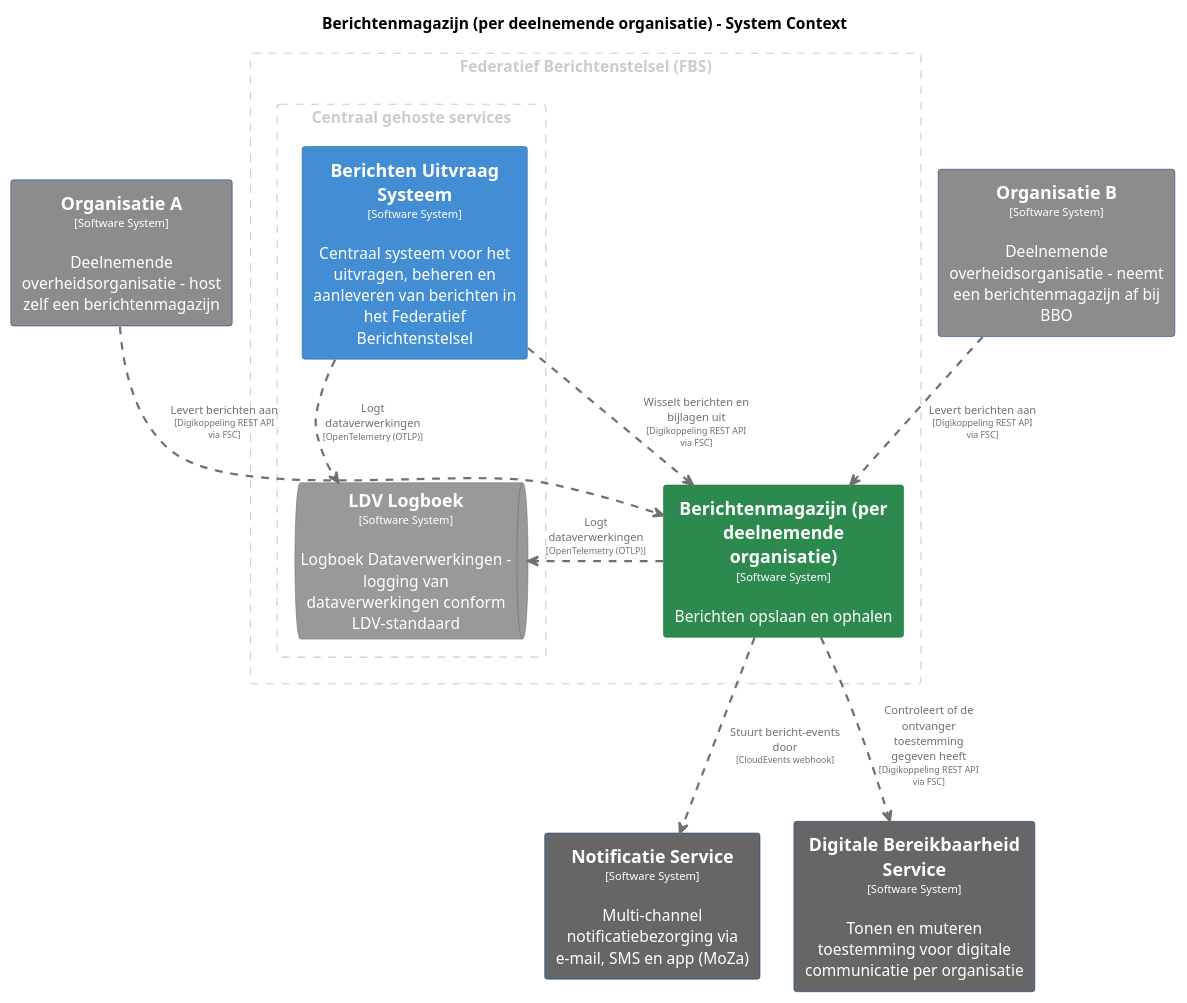
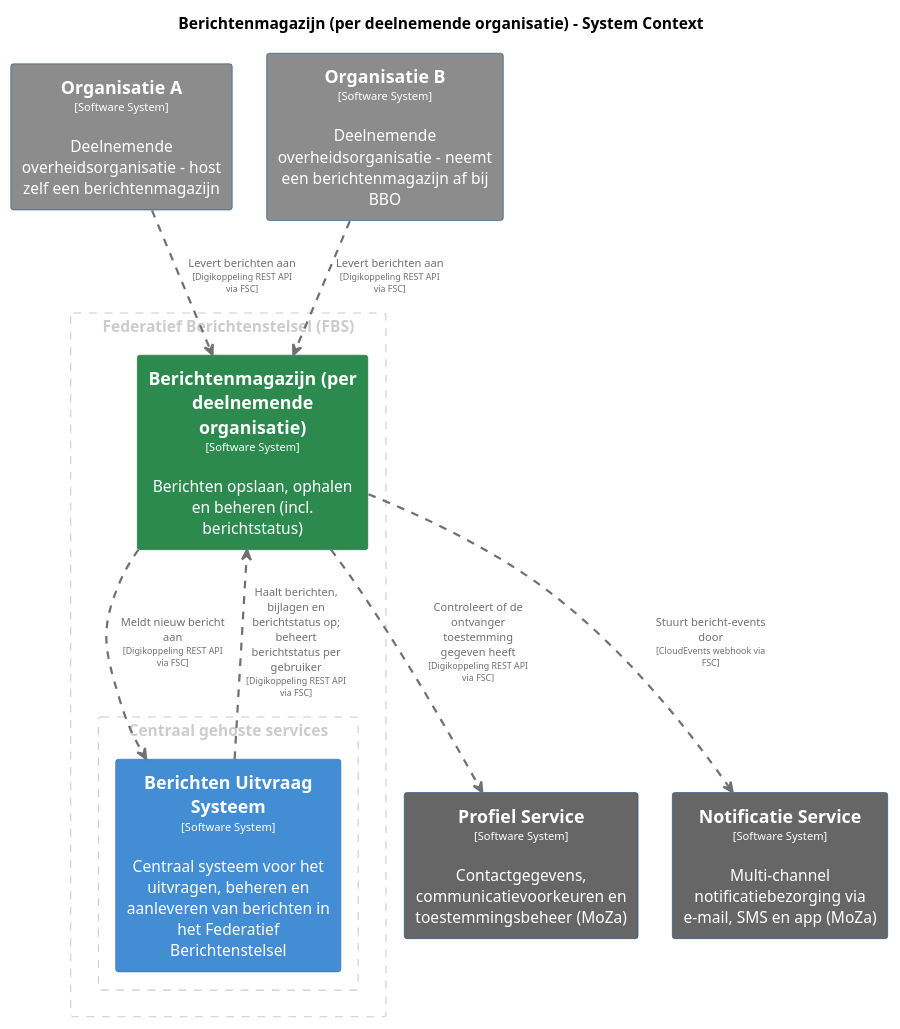
Before and after one commit to MinBZK/moza-poc-fbs-berichtenbox: the diagram in master/puml/Berichtenmagazijn.puml, drawn with PlantUML. The commit also changed 91 other files, not shown here.

```diff
--- a/master/puml/Berichtenmagazijn.puml
+++ b/master/puml/Berichtenmagazijn.puml
@@ -1,90 +1,82 @@
 @startuml
 set separator none
 title Berichtenmagazijn (per deelnemende organisatie) - System Context
 
 top to bottom direction
 skinparam ranksep 60
 skinparam nodesep 30
 
 skinparam {
   arrowFontSize 10
   defaultTextAlignment center
   wrapWidth 200
   maxMessageSize 100
 }
 
 hide stereotype
 
 skinparam rectangle<<BerichtenUitvraagSysteem>> {
   BackgroundColor #438dd5
   FontColor #ffffff
   BorderColor #2e6295
   shadowing false
 }
 skinparam rectangle<<Berichtenmagazijnperdeelnemendeorganisatie>> {
   BackgroundColor #2d8a4e
   FontColor #ffffff
   BorderColor #1e6b38
   shadowing false
 }
-skinparam rectangle<<DigitaleBereikbaarheidService>> {
-  BackgroundColor #666666
-  FontColor #ffffff
-  BorderColor #0b4884
-  shadowing false
-}
-skinparam queue<<LDVLogboek>> {
-  BackgroundColor #999999
-  FontColor #ffffff
-  BorderColor #6b6b6b
-  shadowing false
-}
 skinparam rectangle<<NotificatieService>> {
   BackgroundColor #666666
   FontColor #ffffff
   BorderColor #0b4884
   shadowing false
 }
 skinparam rectangle<<OrganisatieA>> {
   BackgroundColor #8c8c8c
   FontColor #ffffff
   BorderColor #0b4884
   shadowing false
 }
 skinparam rectangle<<OrganisatieB>> {
   BackgroundColor #8c8c8c
   FontColor #ffffff
   BorderColor #0b4884
   shadowing false
 }
+skinparam rectangle<<ProfielService>> {
+  BackgroundColor #666666
+  FontColor #ffffff
+  BorderColor #0b4884
+  shadowing false
+}
 
 rectangle "Federatief Berichtenstelsel (FBS)" <<group1>> as group1 {
   skinparam RectangleBorderColor<<group1>> #cccccc
   skinparam RectangleFontColor<<group1>> #cccccc
   skinparam RectangleBorderStyle<<group1>> dashed
 
-  rectangle "==Berichtenmagazijn (per deelnemende organisatie)\n<size:10>[Software System]</size>\n\nBerichten opslaan en ophalen" <<Berichtenmagazijnperdeelnemendeorganisatie>> as Berichtenmagazijnperdeelnemendeorganisatie
+  rectangle "==Berichtenmagazijn (per deelnemende organisatie)\n<size:10>[Software System]</size>\n\nBerichten opslaan, ophalen en beheren (incl. berichtstatus)" <<Berichtenmagazijnperdeelnemendeorganisatie>> as Berichtenmagazijnperdeelnemendeorganisatie
     rectangle "Centraal gehoste services" <<group2>> as group2 {
       skinparam RectangleBorderColor<<group2>> #cccccc
       skinparam RectangleFontColor<<group2>> #cccccc
       skinparam RectangleBorderStyle<<group2>> dashed
 
       rectangle "==Berichten Uitvraag Systeem\n<size:10>[Software System]</size>\n\nCentraal systeem voor het uitvragen, beheren en aanleveren van berichten in het Federatief Berichtenstelsel" <<BerichtenUitvraagSysteem>> as BerichtenUitvraagSysteem
-      queue "==LDV Logboek\n<size:10>[Software System]</size>\n\nLogboek Dataverwerkingen - logging van dataverwerkingen conform LDV-standaard" <<LDVLogboek>> as LDVLogboek
     }
 
 }
 
 rectangle "==Organisatie A\n<size:10>[Software System]</size>\n\nDeelnemende overheidsorganisatie - host zelf een berichtenmagazijn" <<OrganisatieA>> as OrganisatieA
 rectangle "==Organisatie B\n<size:10>[Software System]</size>\n\nDeelnemende overheidsorganisatie - neemt een berichtenmagazijn af bij BBO" <<OrganisatieB>> as OrganisatieB
+rectangle "==Profiel Service\n<size:10>[Software System]</size>\n\nContactgegevens, communicatievoorkeuren en toestemmingsbeheer (MoZa)" <<ProfielService>> as ProfielService
 rectangle "==Notificatie Service\n<size:10>[Software System]</size>\n\nMulti-channel notificatiebezorging via e-mail, SMS en app (MoZa)" <<NotificatieService>> as NotificatieService
-rectangle "==Digitale Bereikbaarheid Service\n<size:10>[Software System]</size>\n\nTonen en muteren toestemming voor digitale communicatie per organisatie" <<DigitaleBereikbaarheidService>> as DigitaleBereikbaarheidService
 
-BerichtenUitvraagSysteem .[#707070,thickness=2].> LDVLogboek : "<color:#707070>Logt dataverwerkingen\n<color:#707070><size:8>[OpenTelemetry (OTLP)]</size>"
-BerichtenUitvraagSysteem .[#707070,thickness=2].> Berichtenmagazijnperdeelnemendeorganisatie : "<color:#707070>Wisselt berichten en bijlagen uit\n<color:#707070><size:8>[Digikoppeling REST API via FSC]</size>"
-Berichtenmagazijnperdeelnemendeorganisatie .[#707070,thickness=2].> NotificatieService : "<color:#707070>Stuurt bericht-events door\n<color:#707070><size:8>[CloudEvents webhook]</size>"
+Berichtenmagazijnperdeelnemendeorganisatie .[#707070,thickness=2].> BerichtenUitvraagSysteem : "<color:#707070>Meldt nieuw bericht aan\n<color:#707070><size:8>[Digikoppeling REST API via FSC]</size>"
+Berichtenmagazijnperdeelnemendeorganisatie .[#707070,thickness=2].> NotificatieService : "<color:#707070>Stuurt bericht-events door\n<color:#707070><size:8>[CloudEvents webhook via FSC]</size>"
 OrganisatieA .[#707070,thickness=2].> Berichtenmagazijnperdeelnemendeorganisatie : "<color:#707070>Levert berichten aan\n<color:#707070><size:8>[Digikoppeling REST API via FSC]</size>"
 OrganisatieB .[#707070,thickness=2].> Berichtenmagazijnperdeelnemendeorganisatie : "<color:#707070>Levert berichten aan\n<color:#707070><size:8>[Digikoppeling REST API via FSC]</size>"
-Berichtenmagazijnperdeelnemendeorganisatie .[#707070,thickness=2].> DigitaleBereikbaarheidService : "<color:#707070>Controleert of de ontvanger toestemming gegeven heeft\n<color:#707070><size:8>[Digikoppeling REST API via FSC]</size>"
-Berichtenmagazijnperdeelnemendeorganisatie .[#707070,thickness=2].> LDVLogboek : "<color:#707070>Logt dataverwerkingen\n<color:#707070><size:8>[OpenTelemetry (OTLP)]</size>"
+Berichtenmagazijnperdeelnemendeorganisatie .[#707070,thickness=2].> ProfielService : "<color:#707070>Controleert of de ontvanger toestemming gegeven heeft\n<color:#707070><size:8>[Digikoppeling REST API via FSC]</size>"
+BerichtenUitvraagSysteem .[#707070,thickness=2].> Berichtenmagazijnperdeelnemendeorganisatie : "<color:#707070>Haalt berichten, bijlagen en berichtstatus op; beheert berichtstatus per gebruiker\n<color:#707070><size:8>[Digikoppeling REST API via FSC]</size>"
 @enduml
```
